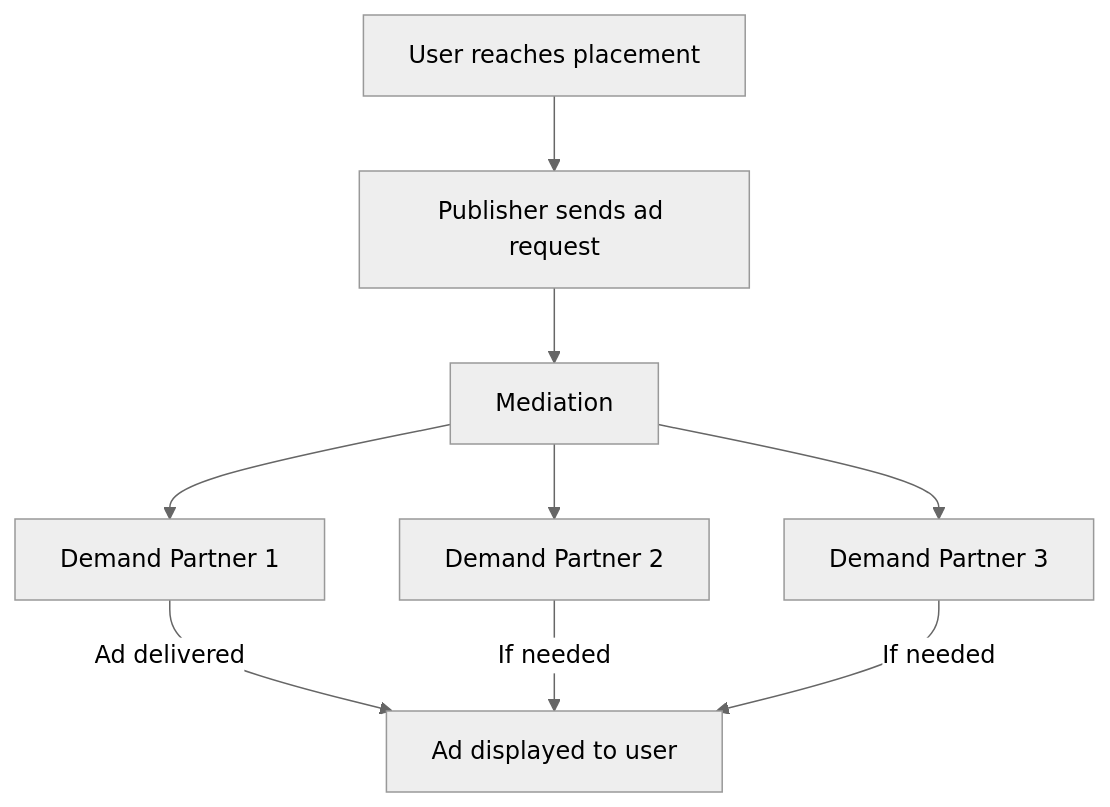
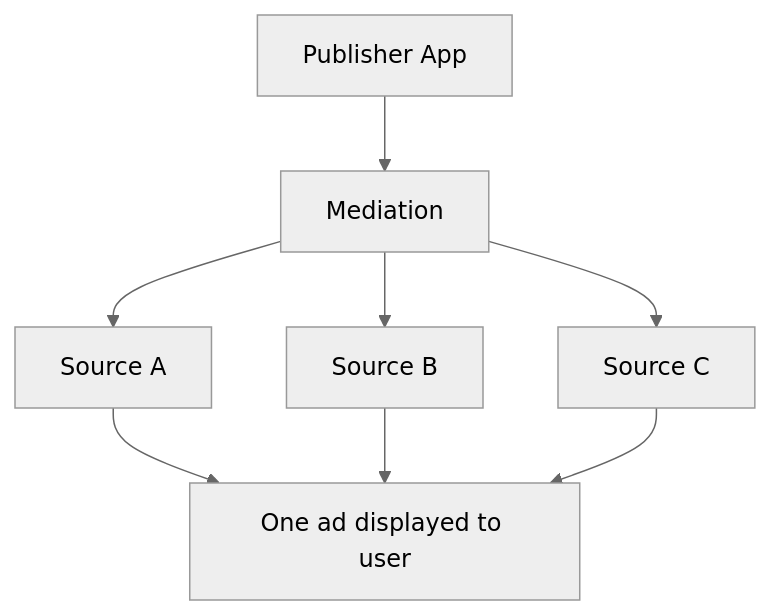
One commit to tirthkanzariya201/tapmind changed the second of 2 diagrams in docs/getting-started/what-is-mediation.md. Above: the diagram before and after it, drawn with Mermaid (neutral theme). The commit also changed other lines of this file and 1 other file, not shown here.

First line of the commit message:
Rewrite What is Mediation around business choice and money flow.

````diff
--- a/docs/getting-started/what-is-mediation.md
+++ b/docs/getting-started/what-is-mediation.md
@@ -98,11 +113,10 @@
 ```mermaid
 flowchart TD
-    A[User reaches placement] --> B[Publisher sends ad request]
-    B --> C[Mediation]
-    C --> D[Demand Partner 1]
-    C --> E[Demand Partner 2]
-    C --> F[Demand Partner 3]
-    D -->|Ad delivered| G[Ad displayed to user]
-    E -->|If needed| G
-    F -->|If needed| G
+    A[Publisher App] --> B[Mediation]
+    B --> C[Source A]
+    B --> D[Source B]
+    B --> E[Source C]
+    C --> F[One ad displayed to user]
+    D --> F
+    E --> F
 ```
````
